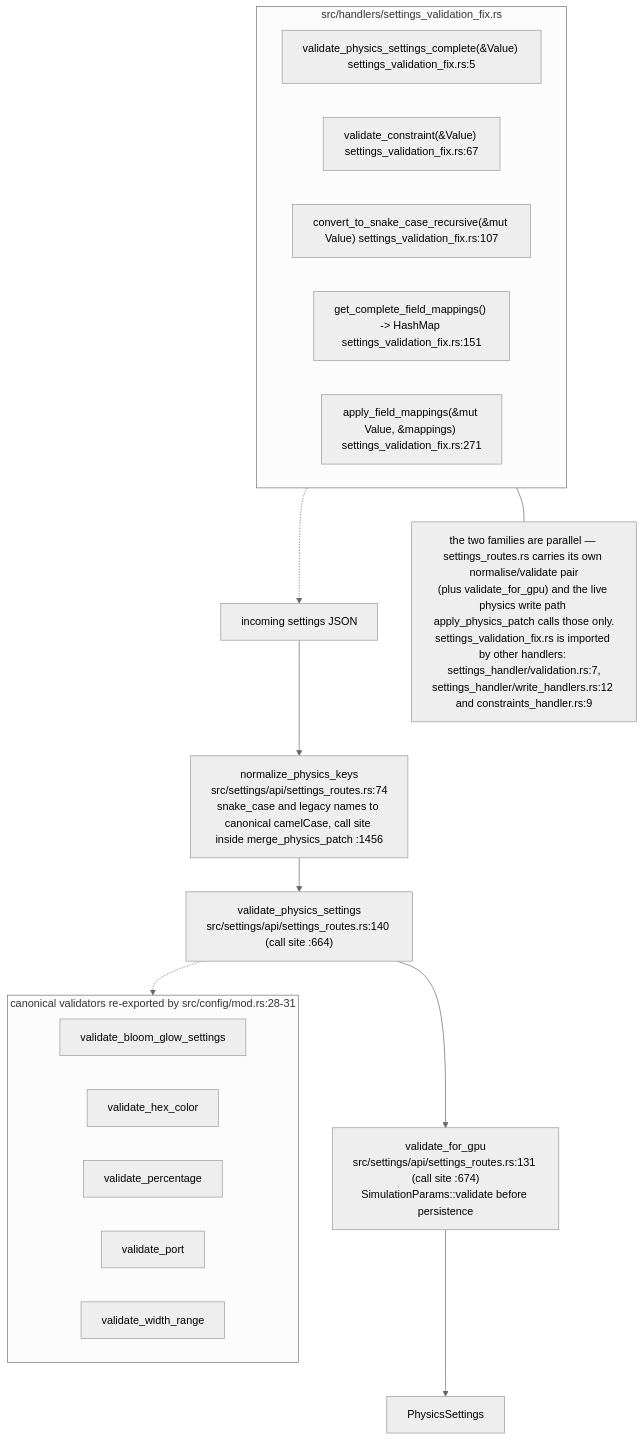
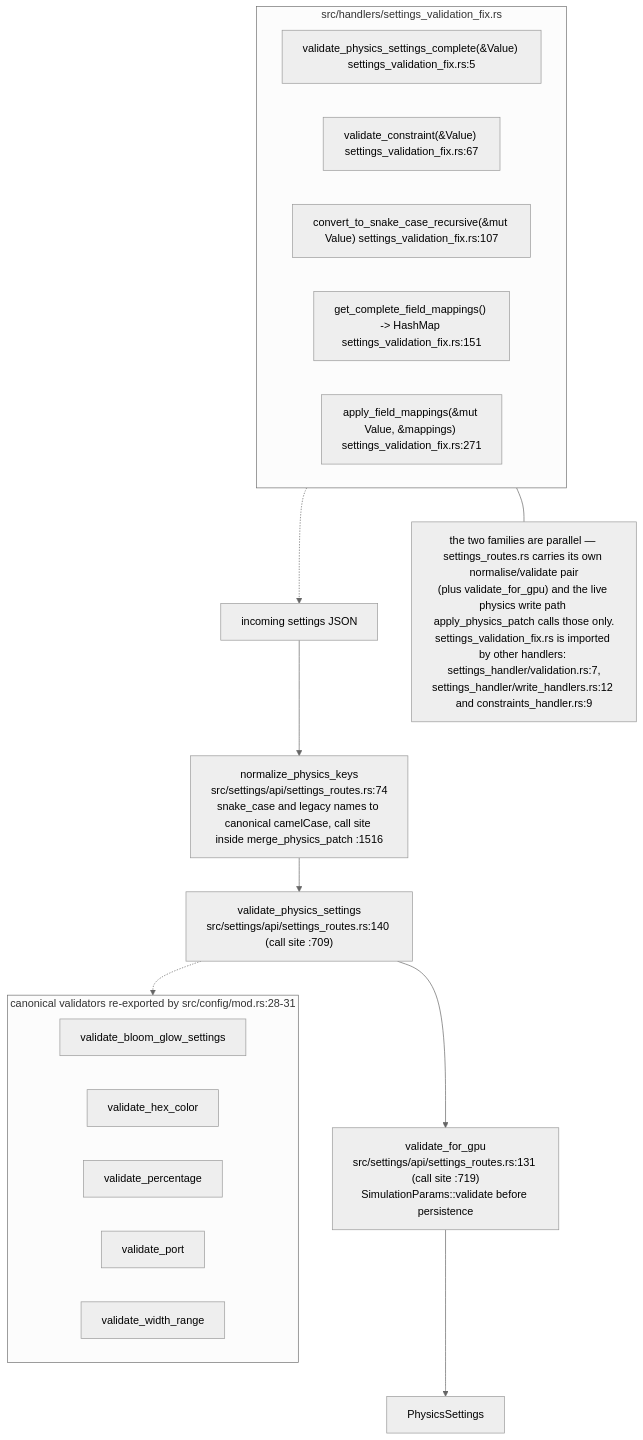
One commit to DreamLab-AI/VisionFlow changed the seventh of 9 diagrams in docs/diagrams/visionclaw/06-settings-round-trip.md. Above: the diagram before and after it, drawn with Mermaid (neutral theme). The commit also changed other lines of this file and 81 other files, not shown here.

First line of the commit message:
docs(diagrams): roll VisionClaw topics to main 010e1109b (PR 37 and 38 merged); fix remaining prose citations

````diff
--- a/docs/diagrams/visionclaw/06-settings-round-trip.md
+++ b/docs/diagrams/visionclaw/06-settings-round-trip.md
@@ -286,26 +287,26 @@
 ```mermaid
 flowchart TB
     IN["incoming settings JSON"]
-    IN --> N1["normalize_physics_keys<br/>src/settings/api/settings_routes.rs:74<br/>snake_case and legacy names to canonical camelCase, call site inside merge_physics_patch :1456"]
-    N1 --> V1["validate_physics_settings<br/>src/settings/api/settings_routes.rs:140 (call site :664)"]
-    V1 --> G1["validate_for_gpu<br/>src/settings/api/settings_routes.rs:131 (call site :674)<br/>SimulationParams::validate before persistence"]
+    IN --> N1["normalize_physics_keys<br/>src/settings/api/settings_routes.rs:74<br/>snake_case and legacy names to canonical camelCase, call site inside merge_physics_patch :1516"]
+    N1 --> V1["validate_physics_settings<br/>src/settings/api/settings_routes.rs:140 (call site :709)"]
+    V1 --> G1["validate_for_gpu<br/>src/settings/api/settings_routes.rs:131 (call site :719)<br/>SimulationParams::validate before persistence"]
     G1 --> OUT["PhysicsSettings"]
     subgraph FIX["src/handlers/settings_validation_fix.rs"]
         F1["validate_physics_settings_complete(&Value) settings_validation_fix.rs:5"]
         F2["validate_constraint(&Value) settings_validation_fix.rs:67"]
         F3["convert_to_snake_case_recursive(&mut Value) settings_validation_fix.rs:107"]
         F4["get_complete_field_mappings() -> HashMap settings_validation_fix.rs:151"]
         F5["apply_field_mappings(&mut Value, &mappings) settings_validation_fix.rs:271"]
     end
     subgraph DOM["canonical validators re-exported by src/config/mod.rs:28-31"]
         D1["validate_bloom_glow_settings"]
         D2["validate_hex_color"]
         D3["validate_percentage"]
         D4["validate_port"]
         D5["validate_width_range"]
     end
     V1 -.-> DOM
     FIX -.-> IN
     NOTE["the two families are parallel — settings_routes.rs carries its own normalise/validate pair<br/>(plus validate_for_gpu) and the live physics write path apply_physics_patch calls those only.<br/>settings_validation_fix.rs is imported by other handlers: settings_handler/validation.rs:7,<br/>settings_handler/write_handlers.rs:12 and constraints_handler.rs:9"]
     FIX --- NOTE
 ```
````
